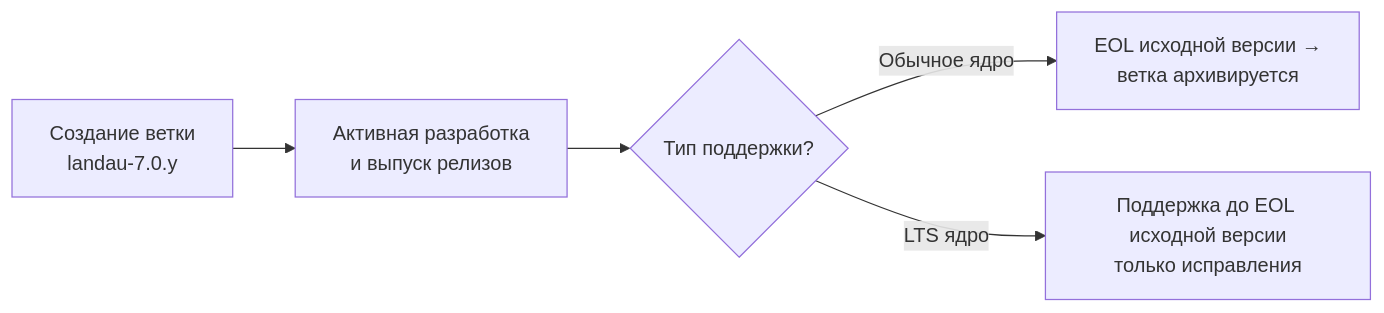
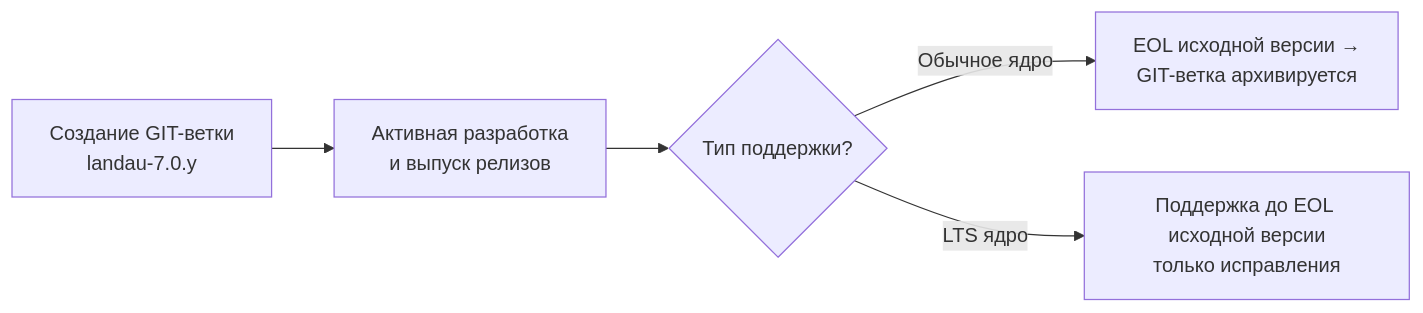
One commit to rulkc/landau changed the first of 3 diagrams in landau-linux/maintenance.md. Above: the diagram before and after it, drawn with Mermaid. The commit also changed other lines of this file, not shown here.

First line of the commit message:
landau-linux: maintenance: Clarify the branch/repo words usage

````diff
--- a/landau-linux/maintenance.md
+++ b/landau-linux/maintenance.md
@@ -90,7 +89,7 @@
 ```mermaid
 graph LR
-    A[Создание ветки<br>landau-7.0.y] --> B[Активная разработка<br>и выпуск релизов]
+    A[Создание GIT-ветки<br>landau-7.0.y] --> B[Активная разработка<br>и выпуск релизов]
     B --> C{Тип поддержки?}
-    C -->|Обычное ядро| D[EOL исходной версии →<br>ветка архивируется]
+    C -->|Обычное ядро| D[EOL исходной версии →<br>GIT-ветка архивируется]
     C -->|LTS ядро| E[Поддержка до EOL исходной версии<br>только исправления]
 ```
````
